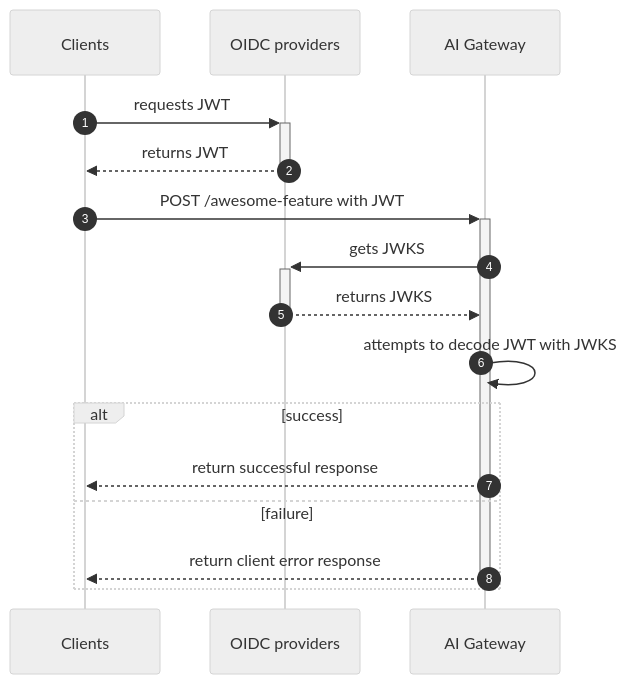
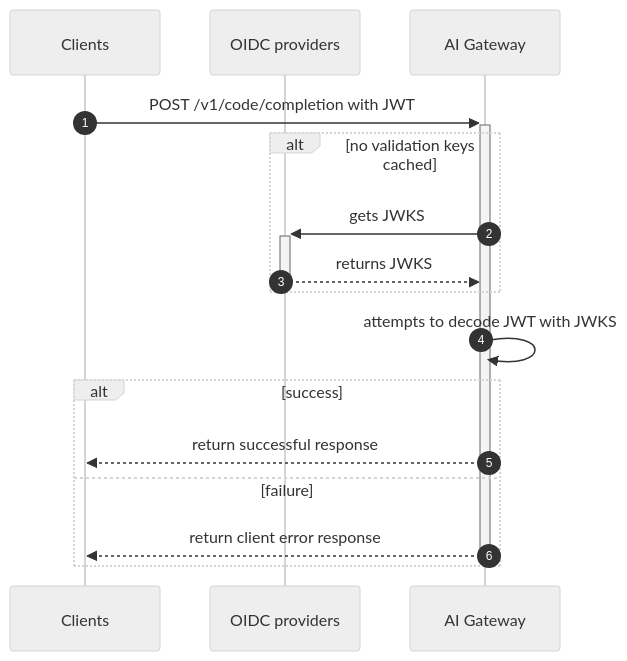
One commit to flyisland/ai-gateway changed the diagram in docs/auth.md. Above: the diagram before and after it, drawn with Mermaid (neutral theme). The commit also changed other lines of this file, not shown here.

````diff
--- a/docs/auth.md
+++ b/docs/auth.md
@@ -7,21 +7,21 @@
 ```mermaid
 sequenceDiagram
     autonumber
 
     participant C as Clients
     participant G as OIDC providers
     participant AI as AI Gateway
 
-    C->>+G: requests JWT
-    G-->>-C: returns JWT
-    C->>+AI: POST /awesome-feature with JWT
-    AI->>+G: gets JWKS
-    G-->>-AI: returns JWKS
+    C->>+AI: POST /v1/code/completion with JWT
+    alt no validation keys cached
+      AI->>+G: gets JWKS
+      G-->>-AI: returns JWKS
+    end
     AI->>AI: attempts to decode JWT with JWKS
 
     alt success
         AI-->>C: return successful response
     else failure
         AI-->>-C: return client error response
     end
 ```
````
